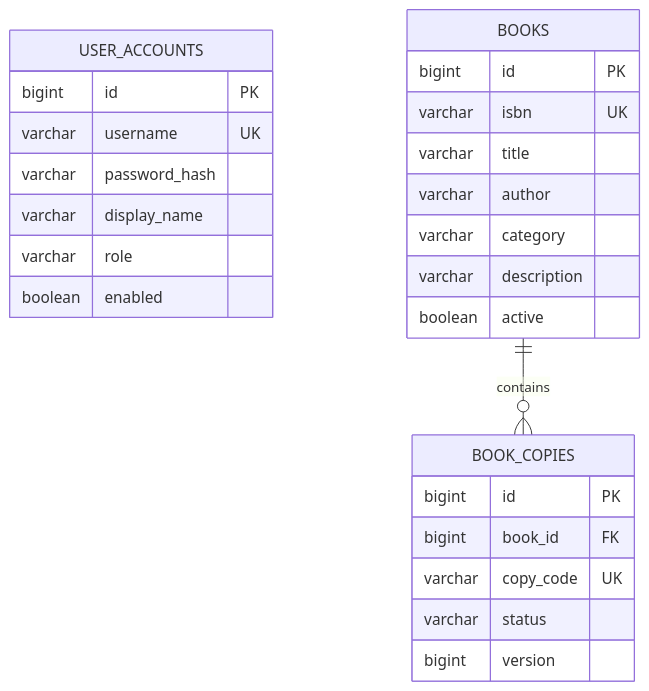
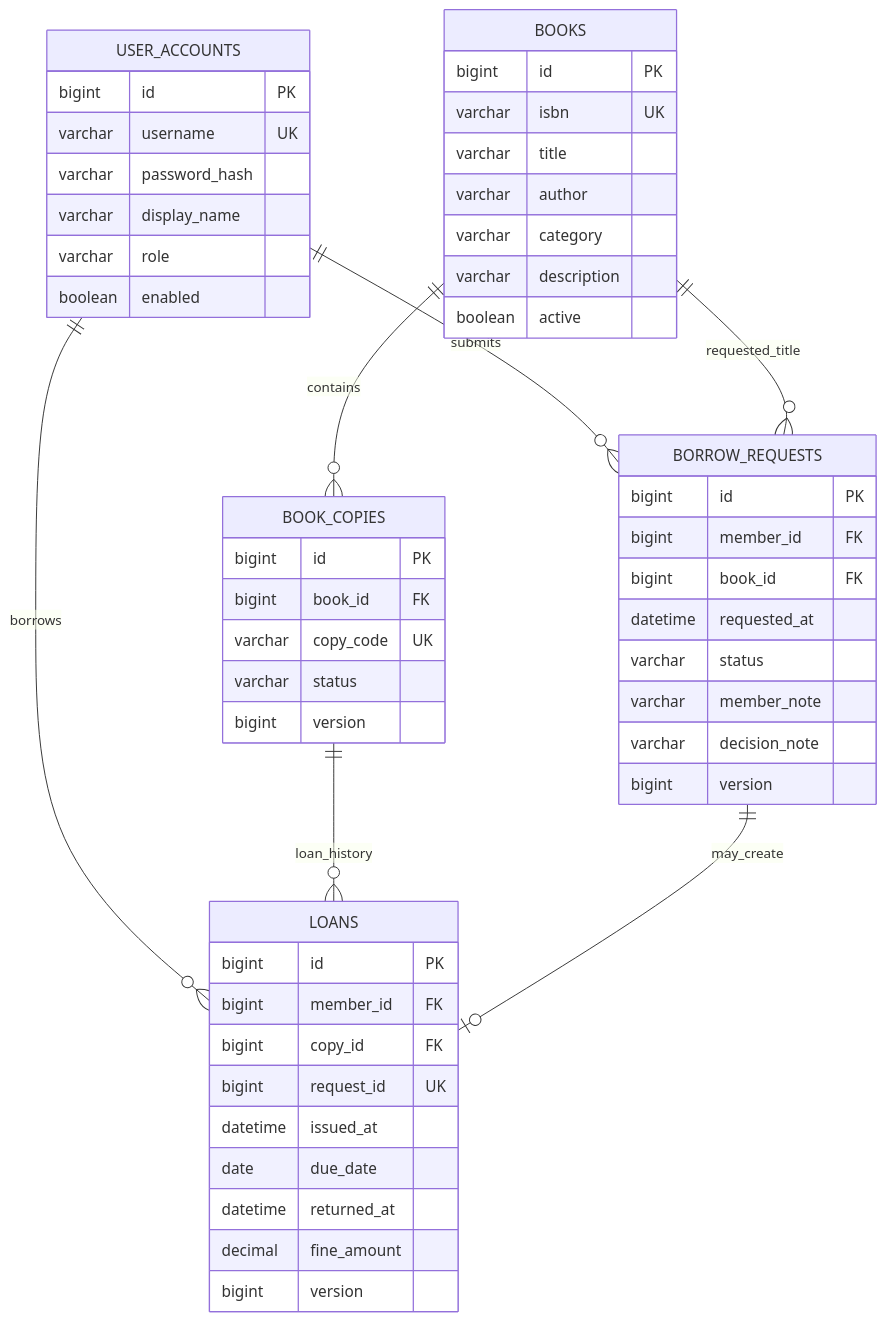
The diagram in docs/design/erd.mmd (trithanh1577/261_72ITSE41704_2474802010400_E-Library), drawn with Mermaid before and after one commit. The commit also changed 35 other files, not shown here.

```diff
--- a/docs/design/erd.mmd
+++ b/docs/design/erd.mmd
@@ -1,26 +1,52 @@
 erDiagram
     USER_ACCOUNTS {
       bigint id PK
       varchar username UK
       varchar password_hash
       varchar display_name
       varchar role
       boolean enabled
     }
     BOOKS {
       bigint id PK
       varchar isbn UK
       varchar title
       varchar author
       varchar category
       varchar description
       boolean active
     }
     BOOK_COPIES {
       bigint id PK
       bigint book_id FK
       varchar copy_code UK
       varchar status
       bigint version
     }
+    BORROW_REQUESTS {
+      bigint id PK
+      bigint member_id FK
+      bigint book_id FK
+      datetime requested_at
+      varchar status
+      varchar member_note
+      varchar decision_note
+      bigint version
+    }
+    LOANS {
+      bigint id PK
+      bigint member_id FK
+      bigint copy_id FK
+      bigint request_id UK
+      datetime issued_at
+      date due_date
+      datetime returned_at
+      decimal fine_amount
+      bigint version
+    }
     BOOKS ||--o{ BOOK_COPIES : contains
+    USER_ACCOUNTS ||--o{ BORROW_REQUESTS : submits
+    BOOKS ||--o{ BORROW_REQUESTS : requested_title
+    USER_ACCOUNTS ||--o{ LOANS : borrows
+    BOOK_COPIES ||--o{ LOANS : loan_history
+    BORROW_REQUESTS ||--o| LOANS : may_create
```
